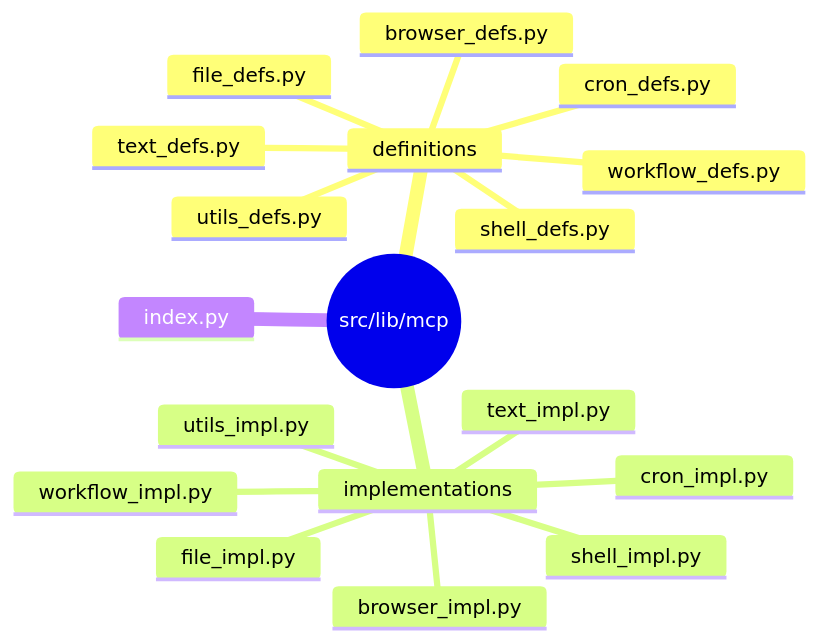
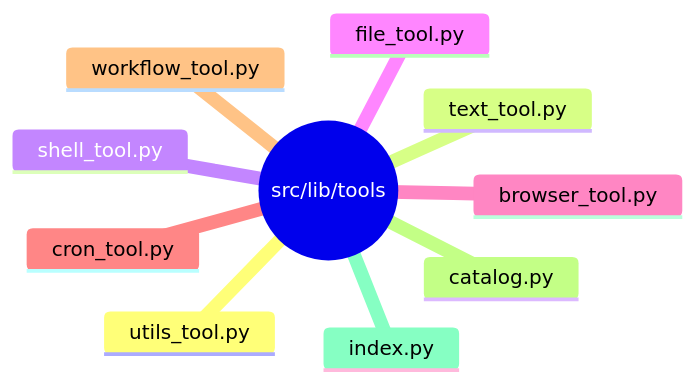
Before and after one commit to AmreetKumarkhuntia/knik: the diagram in docs/guides/mcp.md, drawn with Mermaid. The commit also changed other lines of this file and 226 other files, not shown here.

````diff
--- a/docs/guides/mcp.md
+++ b/docs/guides/mcp.md
@@ -7,21 +7,13 @@
 ```mermaid
 mindmap
-  root((src/lib/mcp))
-    definitions
-      utils_defs.py
-      text_defs.py
-      shell_defs.py
-      file_defs.py
-      browser_defs.py
-      cron_defs.py
-      workflow_defs.py
-    implementations
-      utils_impl.py
-      text_impl.py
-      shell_impl.py
-      file_impl.py
-      browser_impl.py
-      cron_impl.py
-      workflow_impl.py
+  root((src/lib/tools))
+    utils_tool.py
+    text_tool.py
+    shell_tool.py
+    file_tool.py
+    browser_tool.py
+    cron_tool.py
+    workflow_tool.py
+    catalog.py
     index.py
 ```
````
